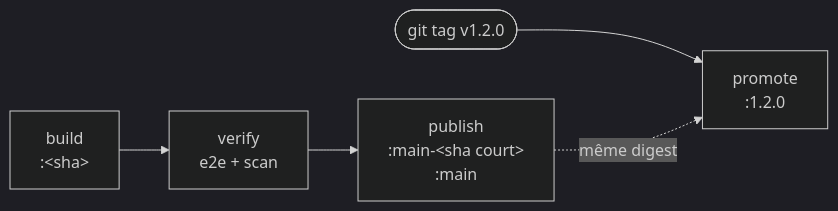
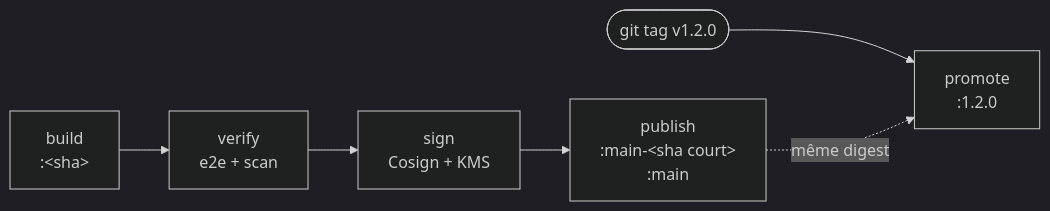
The diagram in docs/fr/CI.md (LifeLifeOne/votely), drawn with Mermaid (dark theme) before and after one commit. The commit also changed other lines of this file and 5 other files, not shown here.

````diff
--- a/docs/fr/CI.md
+++ b/docs/fr/CI.md
@@ -173,6 +177,6 @@
 ```mermaid
 flowchart LR
-    build["build<br/>:&lt;sha&gt;"] --> verify["verify<br/>e2e + scan"] --> publish["publish<br/>:main-&lt;sha court&gt;<br/>:main"]
+    build["build<br/>:&lt;sha&gt;"] --> verify["verify<br/>e2e + scan"] --> sign["sign<br/>Cosign + KMS"] --> publish["publish<br/>:main-&lt;sha court&gt;<br/>:main"]
     tag(["git tag v1.2.0"]) --> promote["promote<br/>:1.2.0"]
     publish -. même digest .-> promote
 ```
````
